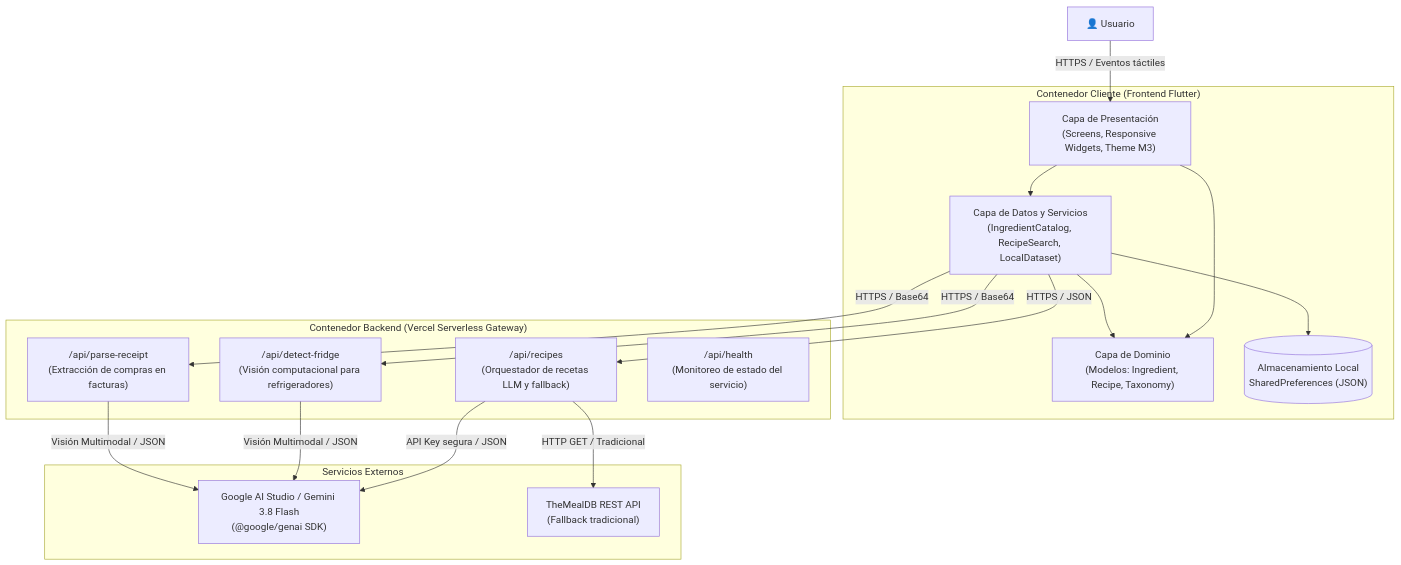
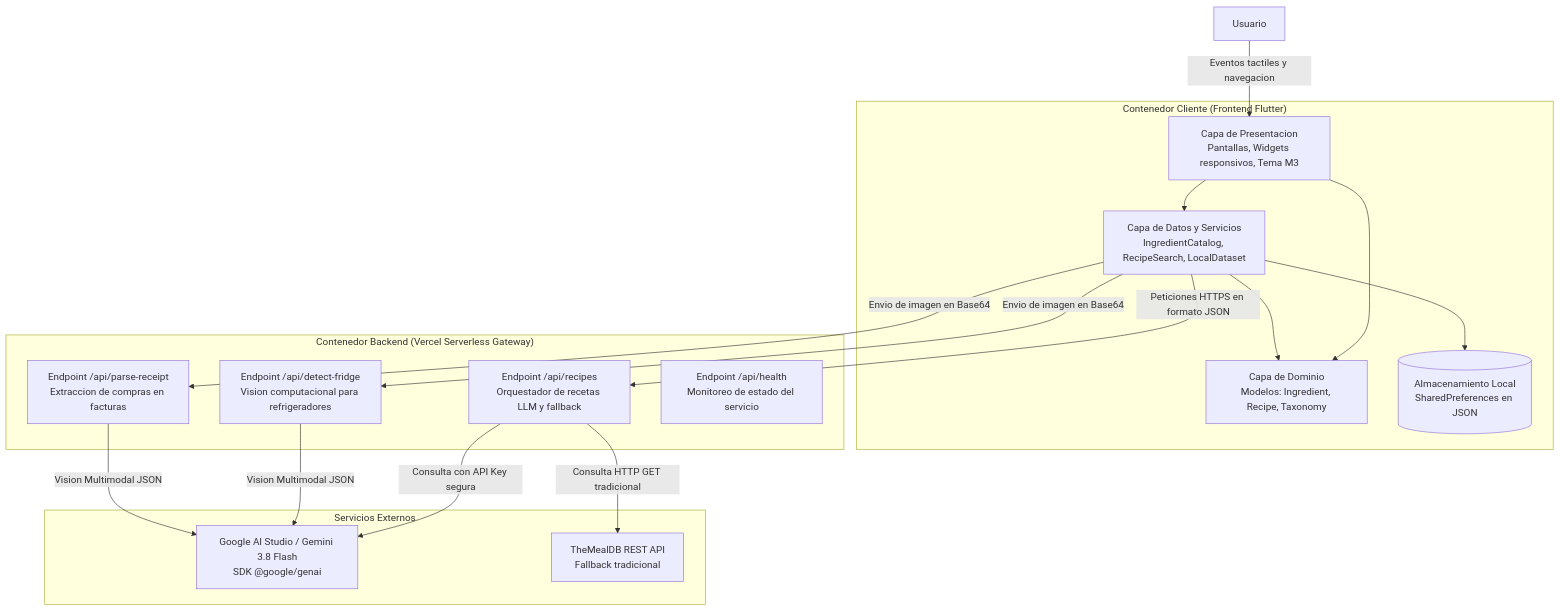
Before and after one commit to innovationlabug/food-friend: the second of 3 diagrams in docs/readme/arquitectura.md, drawn with Mermaid. The commit also changed other lines of this file and 1 other file, not shown here.

Commit message:
docs(readme): remove emojis and fix GitHub Mermaid diagram syntax
- Remove all emojis from documentation files per AGENTS.md guidelines
- Fix C4 Context and Container Mermaid diagrams for GitHub viewer compatibility by removing quotes inside link labels, avoiding literal newlines, and formatting subgraphs properly

````diff
--- a/docs/readme/arquitectura.md
+++ b/docs/readme/arquitectura.md
@@ -47,38 +47,38 @@
 ```mermaid
 flowchart TB
-    User["👤 Usuario"]
+    User["Usuario"]
 
-    subgraph ClientContainer["Contenedor Cliente (Frontend Flutter)"]
-        UI["Capa de Presentación\n(Screens, Responsive Widgets, Theme M3)"]
-        Domain["Capa de Dominio\n(Modelos: Ingredient, Recipe, Taxonomy)"]
-        Data["Capa de Datos y Servicios\n(IngredientCatalog, RecipeSearch, LocalDataset)"]
-        LocalStorage[("Almacenamiento Local\nSharedPreferences (JSON)")]
+    subgraph ClientContainer ["Contenedor Cliente (Frontend Flutter)"]
+        UI["Capa de Presentacion<br/>Pantallas, Widgets responsivos, Tema M3"]
+        Domain["Capa de Dominio<br/>Modelos: Ingredient, Recipe, Taxonomy"]
+        Data["Capa de Datos y Servicios<br/>IngredientCatalog, RecipeSearch, LocalDataset"]
+        LocalStorage[("Almacenamiento Local<br/>SharedPreferences en JSON")]
 
         UI --> Domain
         UI --> Data
         Data --> Domain
         Data --> LocalStorage
     end
 
-    subgraph ServerlessContainer["Contenedor Backend (Vercel Serverless Gateway)"]
-        RouteRecipes["/api/recipes\n(Orquestador de recetas LLM y fallback)"]
-        RouteFridge["/api/detect-fridge\n(Visión computacional para refrigeradores)"]
-        RouteReceipt["/api/parse-receipt\n(Extracción de compras en facturas)"]
-        RouteHealth["/api/health\n(Monitoreo de estado del servicio)"]
+    subgraph ServerlessContainer ["Contenedor Backend (Vercel Serverless Gateway)"]
+        RouteRecipes["Endpoint /api/recipes<br/>Orquestador de recetas LLM y fallback"]
+        RouteFridge["Endpoint /api/detect-fridge<br/>Vision computacional para refrigeradores"]
+        RouteReceipt["Endpoint /api/parse-receipt<br/>Extraccion de compras en facturas"]
+        RouteHealth["Endpoint /api/health<br/>Monitoreo de estado del servicio"]
     end
 
-    subgraph ExternalServices["Servicios Externos"]
-        GeminiFlash["Google AI Studio / Gemini 3.8 Flash\n(@google/genai SDK)"]
-        MealDBAPI["TheMealDB REST API\n(Fallback tradicional)"]
+    subgraph ExternalServices ["Servicios Externos"]
+        GeminiFlash["Google AI Studio / Gemini 3.8 Flash<br/>SDK @google/genai"]
+        MealDBAPI["TheMealDB REST API<br/>Fallback tradicional"]
     end
 
-    User -->|"HTTPS / Eventos táctiles"| UI
-    Data -->|"HTTPS / JSON"| RouteRecipes
-    Data -->|"HTTPS / Base64"| RouteFridge
-    Data -->|"HTTPS / Base64"| RouteReceipt
+    User -->|Eventos tactiles y navegacion| UI
+    Data -->|Peticiones HTTPS en formato JSON| RouteRecipes
+    Data -->|Envio de imagen en Base64| RouteFridge
+    Data -->|Envio de imagen en Base64| RouteReceipt
 
-    RouteRecipes -->|"API Key segura / JSON"| GeminiFlash
-    RouteRecipes -->|"HTTP GET / Tradicional"| MealDBAPI
-    RouteFridge -->|"Visión Multimodal / JSON"| GeminiFlash
-    RouteReceipt -->|"Visión Multimodal / JSON"| GeminiFlash
+    RouteRecipes -->|Consulta con API Key segura| GeminiFlash
+    RouteRecipes -->|Consulta HTTP GET tradicional| MealDBAPI
+    RouteFridge -->|Vision Multimodal JSON| GeminiFlash
+    RouteReceipt -->|Vision Multimodal JSON| GeminiFlash
 ```
````
